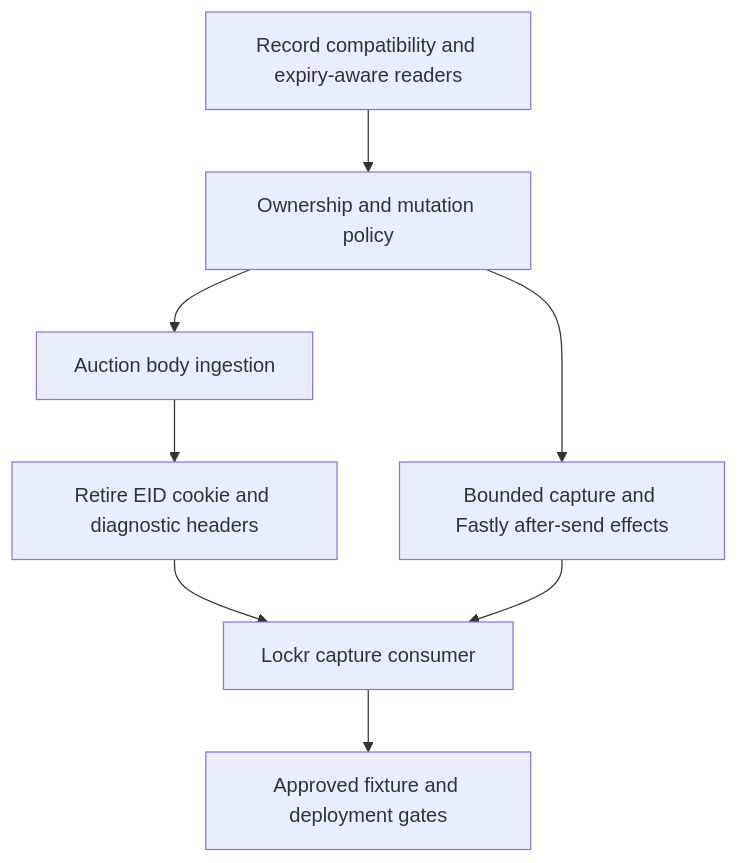
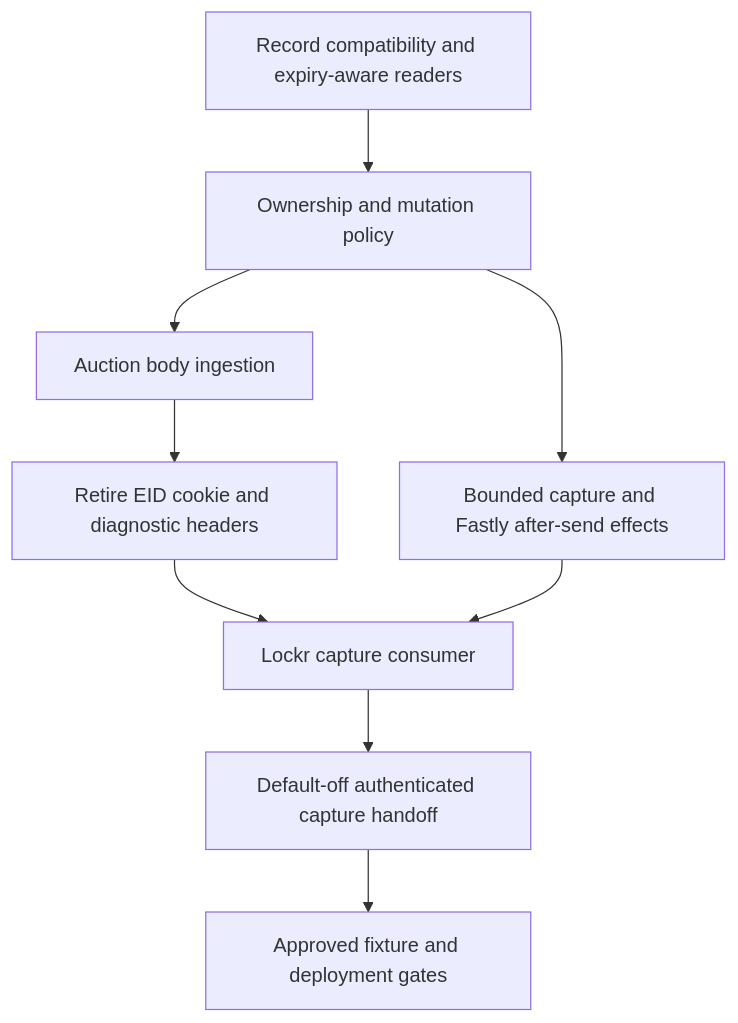
One commit to IABTechLab/trusted-server changed the diagram in docs/superpowers/plans/2026-10-09-server-side-identity-foundation-and-lockr.md. Above: the diagram before and after it, drawn with Mermaid. The commit also changed other lines of this file and 21 other files, not shown here.

First line of the commit message:
Add authenticated identity capture handoff

````diff
--- a/docs/superpowers/plans/2026-10-09-server-side-identity-foundation-and-lockr.md
+++ b/docs/superpowers/plans/2026-10-09-server-side-identity-foundation-and-lockr.md
@@ -9,10 +9,11 @@
 ```mermaid
 flowchart TD
     A[Record compatibility and expiry-aware readers] --> B[Ownership and mutation policy]
     B --> C[Auction body ingestion]
     C --> D[Retire EID cookie and diagnostic headers]
     B --> E[Bounded capture and Fastly after-send effects]
     D --> F[Lockr capture consumer]
     E --> F
-    F --> G[Approved fixture and deployment gates]
+    F --> H[Default-off authenticated capture handoff]
+    H --> G[Approved fixture and deployment gates]
 ```
````
